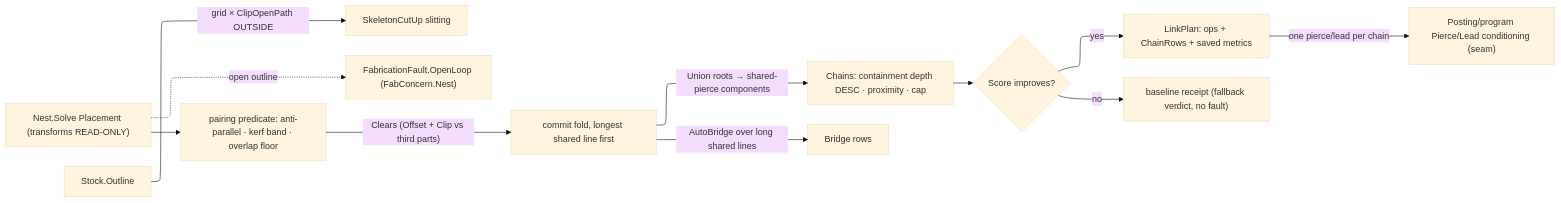
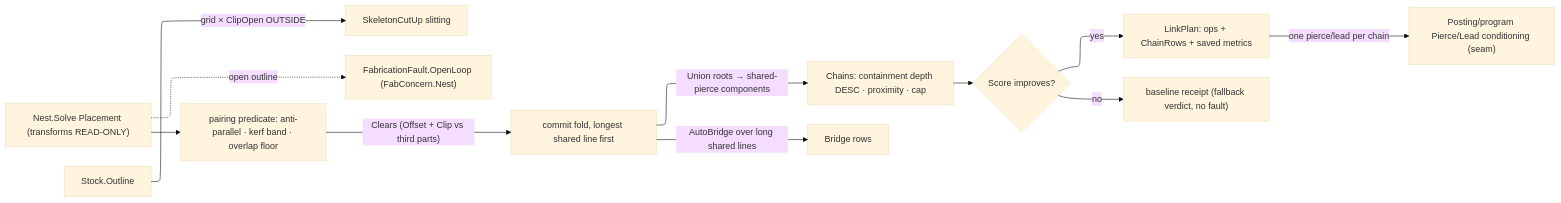
Before and after one commit to bsamiee/Rasm: the diagram in libs/csharp/Rasm.Fabrication/.planning/Nesting/linking.md, drawn with Mermaid. The commit also changed other lines of this file and 181 other files, not shown here.

````diff
--- a/libs/csharp/Rasm.Fabrication/.planning/Nesting/linking.md
+++ b/libs/csharp/Rasm.Fabrication/.planning/Nesting/linking.md
@@ -199,18 +199,18 @@
 ```mermaid
 ---
 config:
   layout: elk
   theme: base
 ---
 flowchart LR
     Placement["Nest.Solve Placement (transforms READ-ONLY)"] --> Pairs["pairing predicate: anti-parallel · kerf band · overlap floor"]
     Pairs -->|"Clears (Offset + Clip vs third parts)"| Commit["commit fold, longest shared line first"]
     Commit -->|"Union roots → shared-pierce components"| Chains["Chains: containment depth DESC · proximity · cap"]
     Commit -->|"AutoBridge over long shared lines"| Bridge["Bridge rows"]
-    Stock["Stock.Outline"] -->|"grid × ClipOpenPath OUTSIDE"| CutUp["SkeletonCutUp slitting"]
+    Stock["Stock.Outline"] -->|"grid × ClipOpen OUTSIDE"| CutUp["SkeletonCutUp slitting"]
     Chains --> Objective{"Score improves?"}
     Objective -->|yes| PlanY["LinkPlan: ops + ChainRows + saved metrics"]
     Objective -->|no| PlanN["baseline receipt (fallback verdict, no fault)"]
     PlanY -->|"one pierce/lead per chain"| Program["Posting/program Pierce/Lead conditioning (seam)"]
     Placement -.->|open outline| Open["FabricationFault.OpenLoop (FabConcern.Nest)"]
 ```
````
